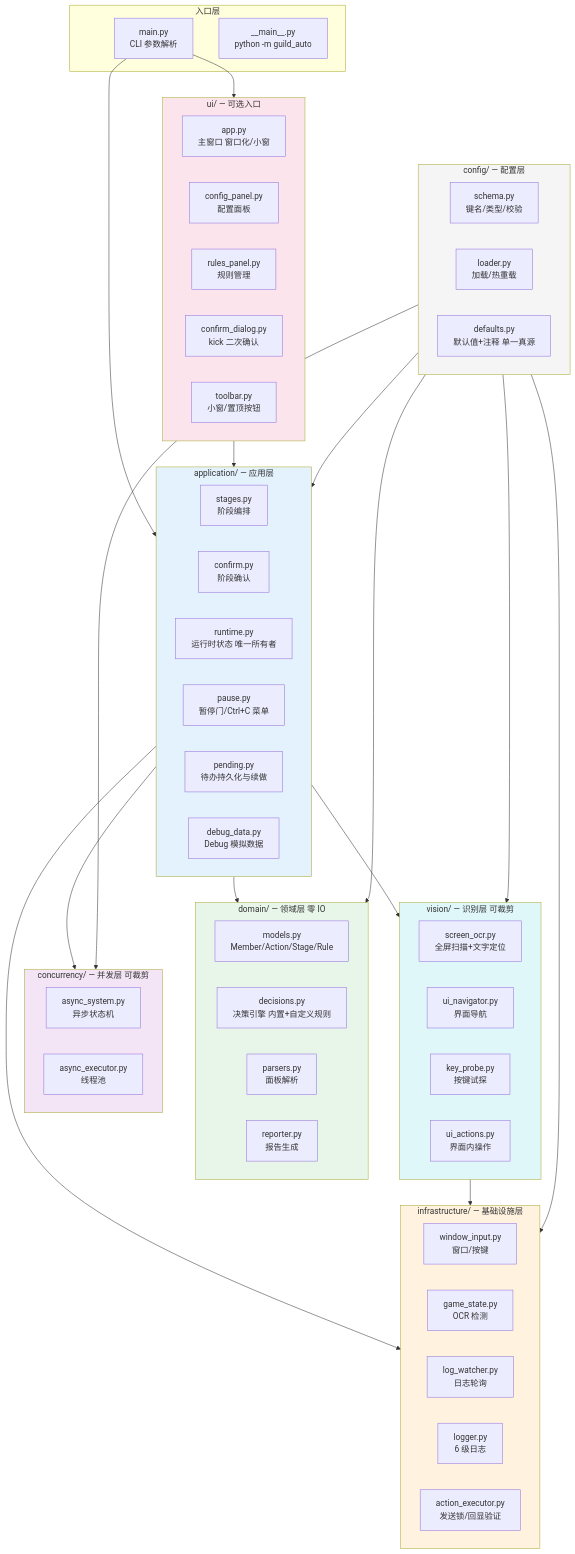
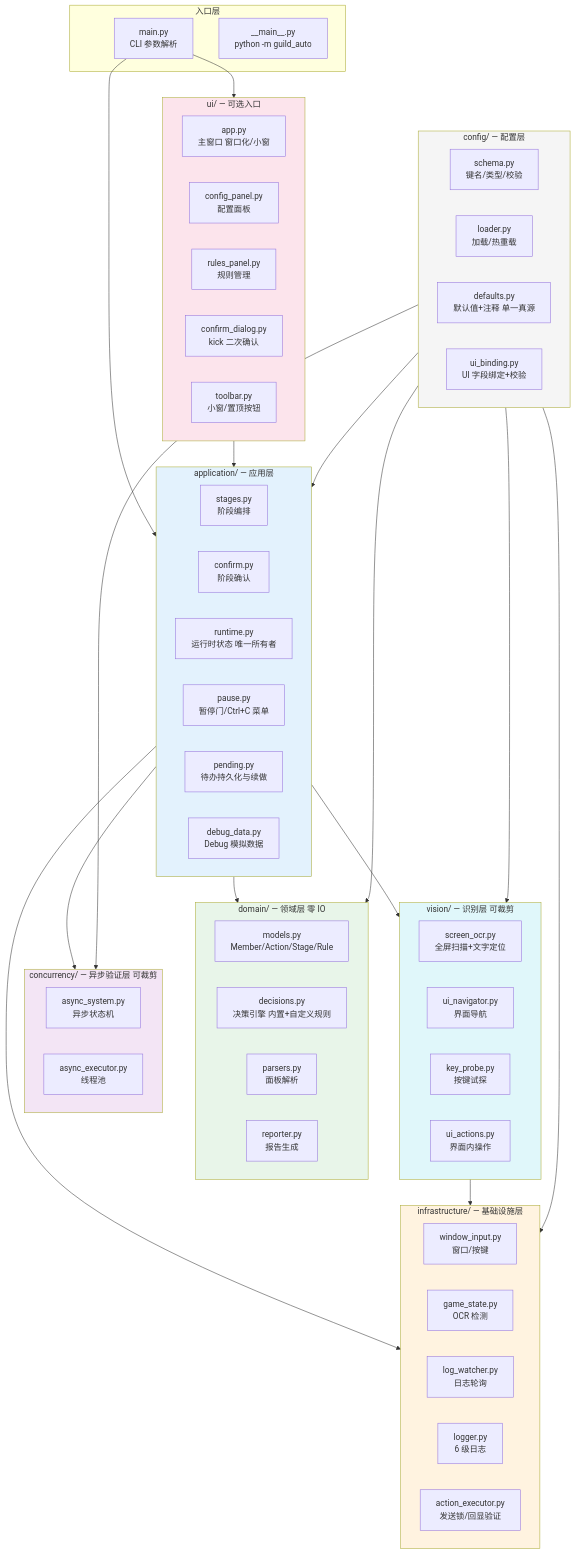
One commit to Minecraft269/bujidao-guild-auto changed the first of 7 diagrams in docs/流程与架构图.md. Above: the diagram before and after it, drawn with Mermaid. The commit also changed other lines of this file and 11 other files, not shown here.

````diff
--- a/docs/流程与架构图.md
+++ b/docs/流程与架构图.md
@@ -31,79 +31,80 @@
 ```mermaid
 graph TB
     subgraph ENTRY["入口层"]
         MAIN["main.py<br/>CLI 参数解析"]
         MAINMOD["__main__.py<br/>python -m guild_auto"]
     end
 
     subgraph UI["ui/ — 可选入口"]
         APP["app.py<br/>主窗口 窗口化/小窗"]
         CFGP["config_panel.py<br/>配置面板"]
         RULESP["rules_panel.py<br/>规则管理"]
         DIALOG["confirm_dialog.py<br/>kick 二次确认"]
         TLBAR["toolbar.py<br/>小窗/置顶按钮"]
     end
 
     subgraph APPL["application/ — 应用层"]
         STAGES["stages.py<br/>阶段编排"]
         CONFIRM["confirm.py<br/>阶段确认"]
         RUNTIME["runtime.py<br/>运行时状态 唯一所有者"]
         PAUSE["pause.py<br/>暂停门/Ctrl+C 菜单"]
         PENDING["pending.py<br/>待办持久化与续做"]
         DEBUGD["debug_data.py<br/>Debug 模拟数据"]
     end
 
     subgraph DOMAIN["domain/ — 领域层 零 IO"]
         MODELS["models.py<br/>Member/Action/Stage/Rule"]
         DECIDE["decisions.py<br/>决策引擎 内置+自定义规则"]
         PARSERS["parsers.py<br/>面板解析"]
         REPORTER["reporter.py<br/>报告生成"]
     end
 
-    subgraph CONC["concurrency/ — 并发层 可裁剪"]
+    subgraph CONC["concurrency/ — 异步验证层 可裁剪"]
         ASYNCSYS["async_system.py<br/>异步状态机"]
         ASYNCEXEC["async_executor.py<br/>线程池"]
     end
 
     subgraph VISION["vision/ — 识别层 可裁剪"]
         SCREEN["screen_ocr.py<br/>全屏扫描+文字定位"]
         NAV["ui_navigator.py<br/>界面导航"]
         PROBE["key_probe.py<br/>按键试探"]
         UIACT["ui_actions.py<br/>界面内操作"]
     end
 
     subgraph INFRA["infrastructure/ — 基础设施层"]
         WINPUT["window_input.py<br/>窗口/按键"]
         GSTATE["game_state.py<br/>OCR 检测"]
         LOGW["log_watcher.py<br/>日志轮询"]
         LOGGER["logger.py<br/>6 级日志"]
         ACTEXEC["action_executor.py<br/>发送锁/回显验证"]
     end
 
     subgraph CFG["config/ — 配置层"]
         SCHEMA["schema.py<br/>键名/类型/校验"]
         LOADER["loader.py<br/>加载/热重载"]
         DEFAULTS["defaults.py<br/>默认值+注释 单一真源"]
+        UIBIND["ui_binding.py<br/>UI 字段绑定+校验"]
     end
 
     MAIN --> APPL
     MAIN --> UI
     UI --> APPL
     APPL --> DOMAIN
     APPL --> CONC
     APPL --> VISION
     APPL --> INFRA
     VISION --> INFRA
     CFG --> APPL
     CFG --> DOMAIN
     CFG --> INFRA
     CFG --> CONC
     CFG --> VISION
 
     style DOMAIN fill:#e8f5e9
     style APPL fill:#e3f2fd
     style INFRA fill:#fff3e0
     style CONC fill:#f3e5f5
     style VISION fill:#e0f7fa
     style UI fill:#fce4ec
     style CFG fill:#f5f5f5
 ```
````
